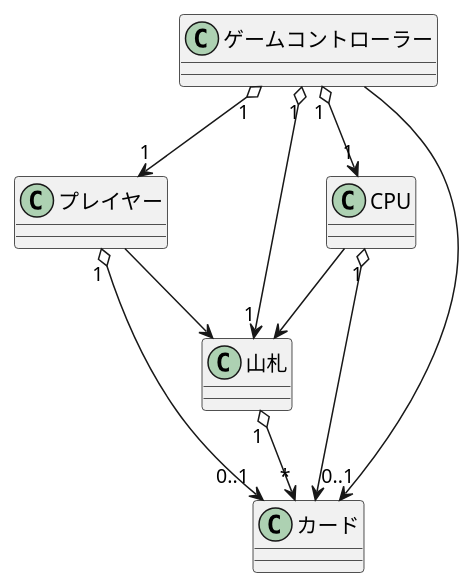
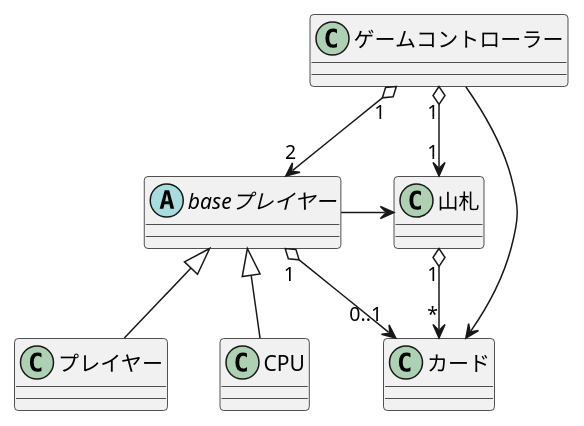
Before and after one commit to hachimitu22/study: the seventh of 7 diagrams in uml/CardGame/doc/design.md, drawn with PlantUML.

Commit message:
クラス図 baseプレイヤーを追加した

````diff
--- a/uml/CardGame/doc/design.md
+++ b/uml/CardGame/doc/design.md
@@ -290,24 +290,24 @@
 ```plantuml
 @startuml
 
 class ゲームコントローラー
+abstract baseプレイヤー
 class プレイヤー
 class CPU
 class 山札
 class カード
 
 ゲームコントローラー "1" o--> "1" 山札
-ゲームコントローラー "1" o--> "1" プレイヤー
-ゲームコントローラー "1" o--> "1" CPU
+ゲームコントローラー "1" o--> "2" baseプレイヤー
+
+プレイヤー -up-|> baseプレイヤー
+CPU -up-|> baseプレイヤー
 
 山札 "1" o--> "*" カード
-プレイヤー "1" o--> "0..1" カード
-CPU "1" o--> "0..1" カード
+baseプレイヤー "1" o--> "0..1" カード
 
+baseプレイヤー -> 山札
 ゲームコントローラー --> カード
-プレイヤー --> 山札
-CPU --> 山札
-
 
 @enduml
 ```
````
